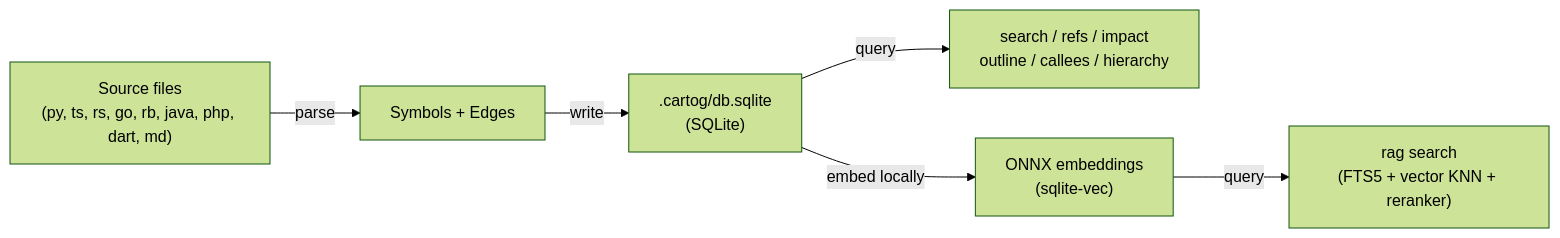
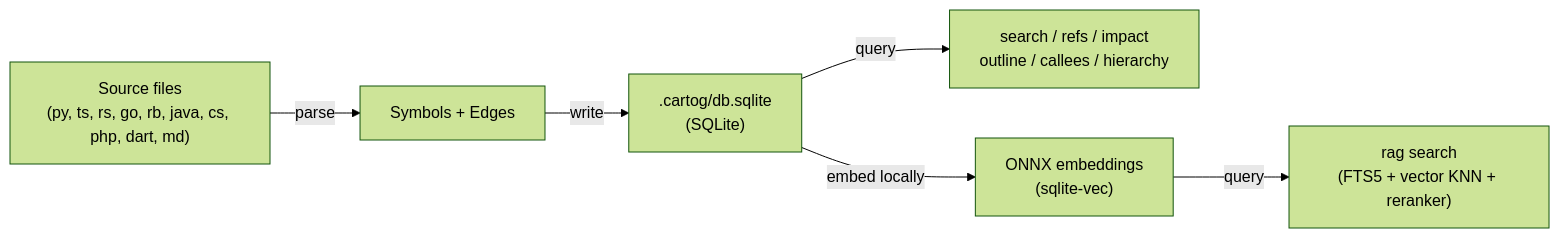
One commit to jrollin/cartog changed the diagram in README.md. Above: the diagram before and after it, drawn with Mermaid (forest theme). The commit also changed other lines of this file and 18 other files, not shown here.

````diff
--- a/README.md
+++ b/README.md
@@ -556,8 +557,8 @@
 ```mermaid
 graph LR
-    A["Source files<br/>(py, ts, rs, go, rb, java, php, dart, md)"] -->|parse| B["Symbols + Edges"]
+    A["Source files<br/>(py, ts, rs, go, rb, java, cs, php, dart, md)"] -->|parse| B["Symbols + Edges"]
     B -->|write| C[".cartog/db.sqlite<br/>(SQLite)"]
     C -->|query| D["search / refs / impact<br/>outline / callees / hierarchy"]
     C -->|embed locally| E["ONNX embeddings<br/>(sqlite-vec)"]
     E -->|query| F["rag search<br/>(FTS5 + vector KNN + reranker)"]
 ```
````
